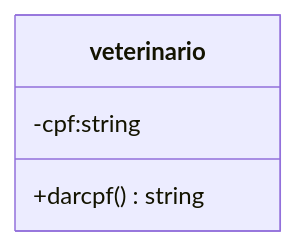
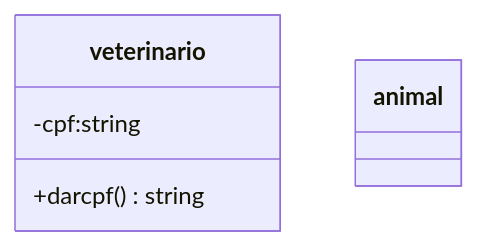
The second of 2 diagrams in README.md (gamerrani/pet-cia), drawn with Mermaid before and after one commit.

Commit message:
Fix formatting issues in README.md

````diff
--- a/README.md
+++ b/README.md
@@ -27,12 +27,13 @@
 ```mermaid
 classDiagram
 class veterinario{
     %% atributos caracteristicas que serao
     %% armazenadas no sistema
     -cpf:string
     %% metodos: acoes que serao desempenhadas
     %% por essa entidade no sistema
 +darcpf()string
 }
+class animal
 
 ```
````
